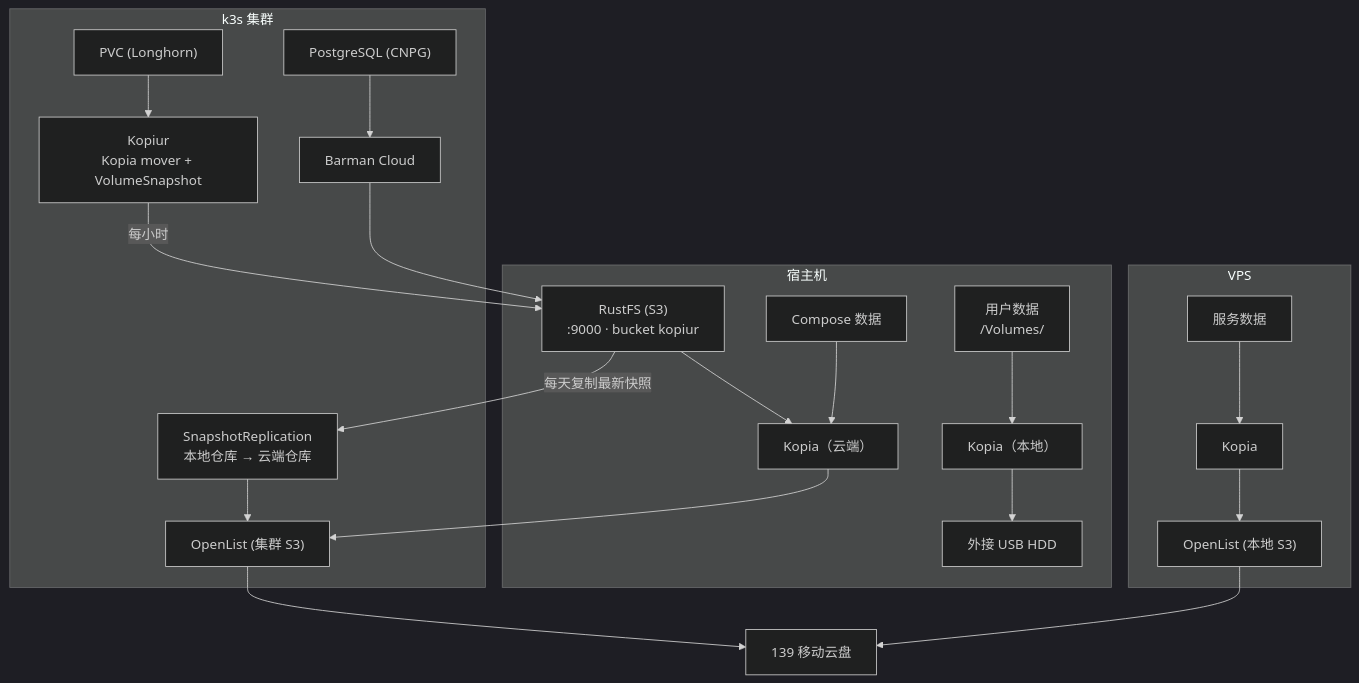
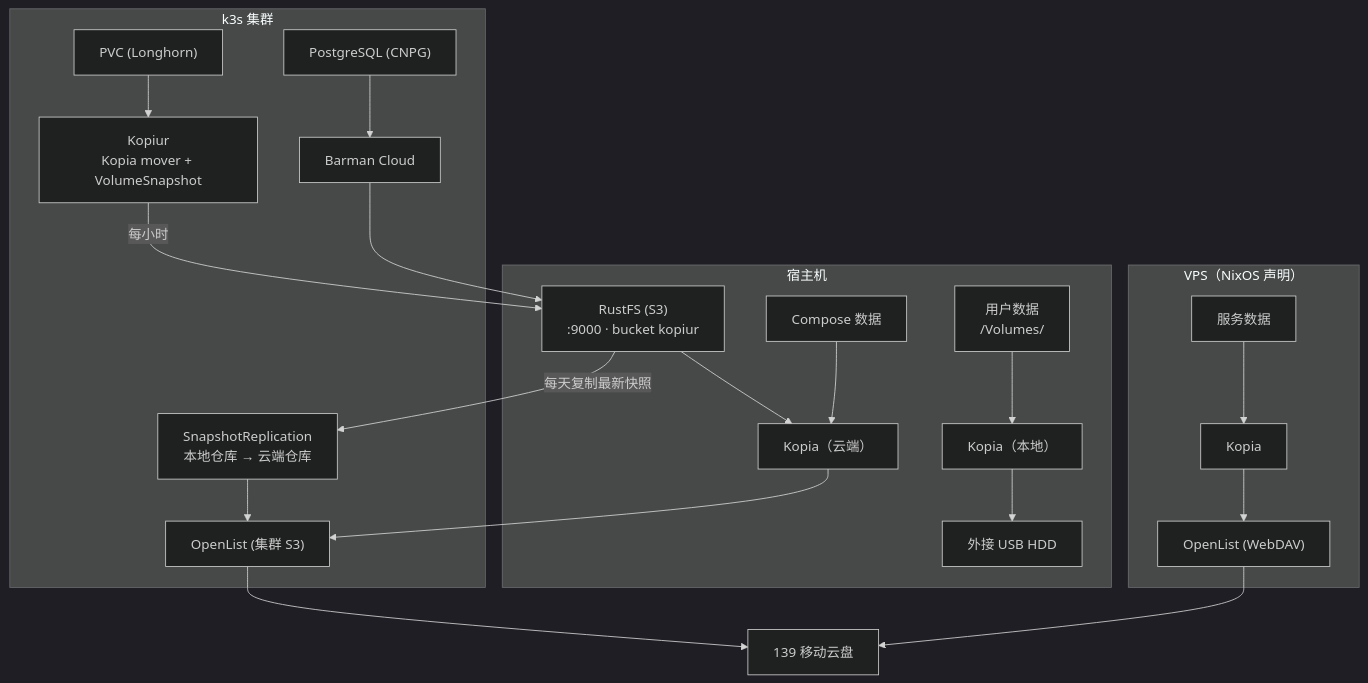
The seventh of 8 diagrams in docs/ARCHITECTURE.md (shelken/home-ops), drawn with Mermaid (dark theme) before and after one commit. The commit also changed other lines of this file and 43 other files, not shown here.

First line of the commit message:
refactor(vps): 退休 compose/vps，VPS 容器改由 nix-config 声明

````diff
--- a/docs/ARCHITECTURE.md
+++ b/docs/ARCHITECTURE.md
@@ -449,48 +449,48 @@
 ```mermaid
 
 graph TB
     subgraph K8S["k3s 集群"]
         PVC["PVC (Longhorn)"]
         PG["PostgreSQL (CNPG)"]
         Kopiur["Kopiur<br/>Kopia mover + VolumeSnapshot"]
         Replicate["SnapshotReplication<br/>本地仓库 → 云端仓库"]
         Barman["Barman Cloud"]
         Cluster_OpenList["OpenList (集群 S3)"]
     end
 
     subgraph SAKA_BACKUP["宿主机"]
         RustFS["RustFS (S3)<br/>:9000 · bucket kopiur"]
         COMPOSE_Data["Compose 数据"]
         USER_Data["用户数据<br/>/Volumes/<USER_DATA>"]
         SAKA_Kopia["Kopia（云端）"]
         SAKA_Kopia_Local["Kopia（本地）"]
         USB_HDD["外接 USB HDD"]
     end
 
-    subgraph VPS_BACKUP["VPS"]
+    subgraph VPS_BACKUP["VPS（NixOS 声明）"]
         VPS_Data["服务数据"]
         VPS_Kopia["Kopia"]
-        VPS_OpenList["OpenList (本地 S3)"]
+        VPS_OpenList["OpenList (WebDAV)"]
     end
 
     Cloud["139 移动云盘"]
     PVC --> Kopiur
     PG --> Barman
     Kopiur -->|"每小时"| RustFS
     RustFS -->|"每天复制最新快照"| Replicate
     Replicate --> Cluster_OpenList
     Barman --> RustFS
 
     RustFS --> SAKA_Kopia
     COMPOSE_Data --> SAKA_Kopia
     SAKA_Kopia --> Cluster_OpenList
     Cluster_OpenList --> Cloud
 
     USER_Data --> SAKA_Kopia_Local
     SAKA_Kopia_Local --> USB_HDD
 
     VPS_Data --> VPS_Kopia
     VPS_Kopia --> VPS_OpenList
     VPS_OpenList --> Cloud
 
 ```
````
